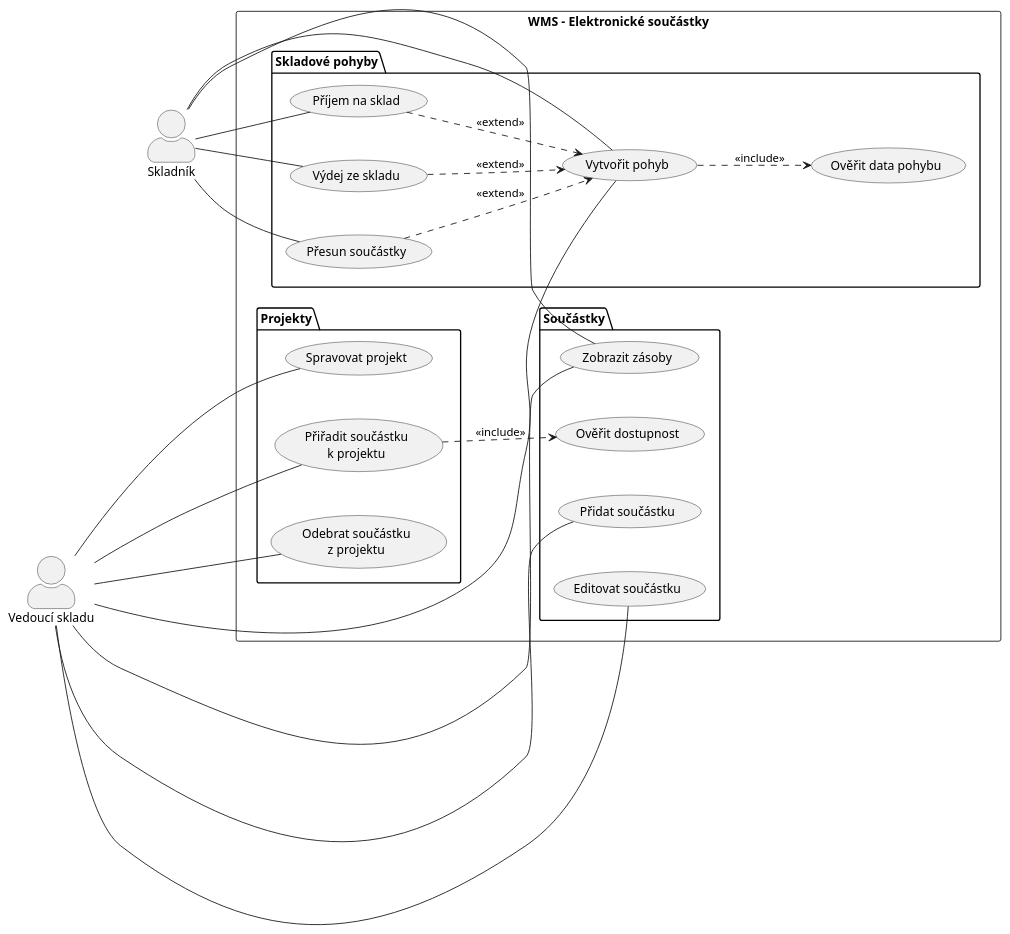
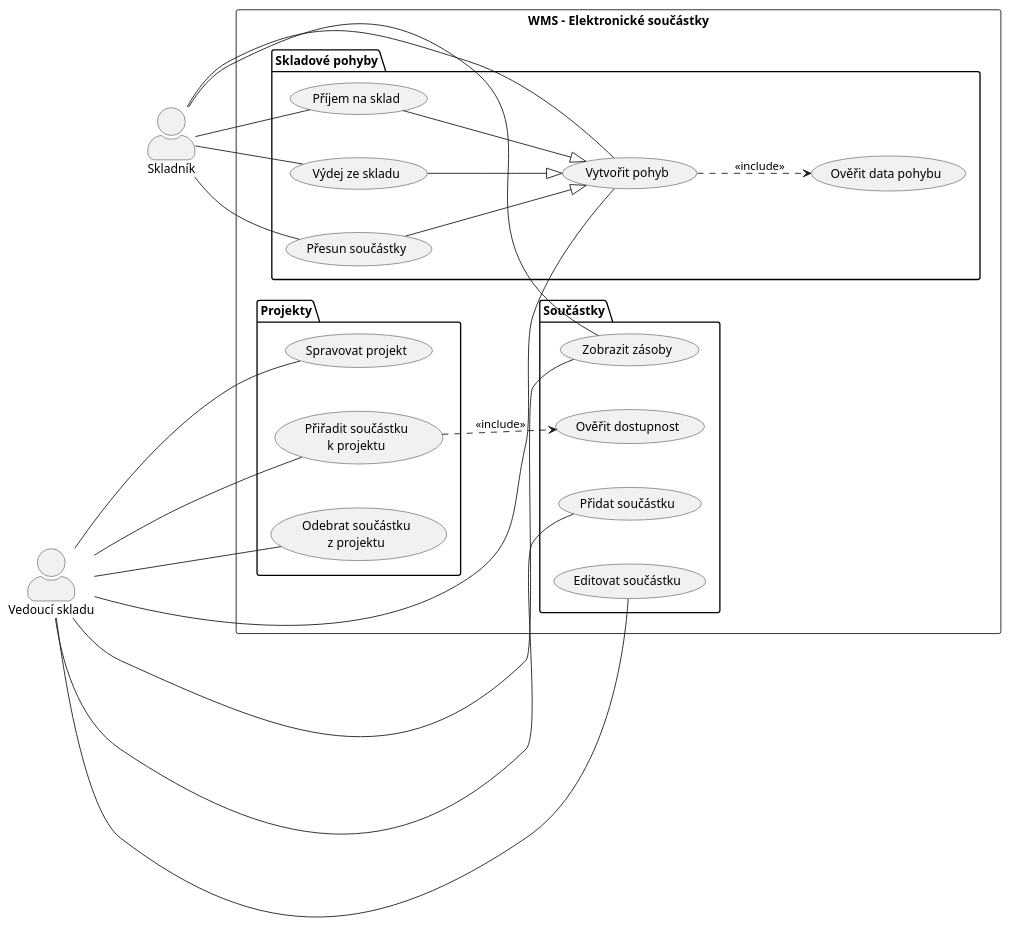
The diagram in diagrams/01_use_case.puml (lkvapil/kOdevzdaniProjektWMS), drawn with PlantUML before and after one commit. The commit also changed 7 other files, not shown here.

Commit message:
Opravy dle zpětné vazby: generalizace UC, polymorfismus, stavové diagramy

```diff
--- a/diagrams/01_use_case.puml
+++ b/diagrams/01_use_case.puml
@@ -1,63 +1,61 @@
 @startuml 01_use_case
 left to right direction
 skinparam actorStyle awesome
 skinparam nodesep 50
 skinparam ranksep 60
 skinparam packagePadding 10
 
 actor "Vedoucí skladu" as Vedouci
 actor "Skladník" as Skladnik
 
 Vedouci -[hidden]down- Skladnik
 
 rectangle "WMS – Elektronické součástky" {
 
   package "Projekty" {
     usecase "Spravovat projekt" as UC_PROJEKT
     usecase "Přiřadit součástku\nk projektu" as UC_PRIRADIT
     usecase "Odebrat součástku\nz projektu" as UC_ODEBRAT
   }
 
   package "Součástky" {
     usecase "Přidat součástku" as UC_ADD
     usecase "Editovat součástku" as UC_EDIT
     usecase "Zobrazit zásoby" as UC_ZASOBY
     usecase "Ověřit dostupnost" as UC_DOSTUPNOST
   }
 
   package "Skladové pohyby" {
+    usecase "Vytvořit pohyb" as UC_POHYB
+    usecase "Ověřit data pohybu" as UC_OVERIT
     usecase "Příjem na sklad" as UC_PRIJEM
     usecase "Výdej ze skladu" as UC_VYDEJ
     usecase "Přesun součástky" as UC_PRESUN
-    usecase "Vytvořit pohyb" as UC_POHYB
-    usecase "Ověřit data pohybu" as UC_OVERIT
   }
 
 }
 
-' Vedoucí skladu – nahoře
 Vedouci -- UC_PROJEKT
 Vedouci -- UC_PRIRADIT
 Vedouci -- UC_ODEBRAT
 Vedouci -- UC_ADD
 Vedouci -- UC_EDIT
 Vedouci -- UC_ZASOBY
 Vedouci -- UC_POHYB
 
-' Skladník – dole
 Skladnik -- UC_PRIJEM
 Skladnik -- UC_VYDEJ
 Skladnik -- UC_PRESUN
 Skladnik -- UC_ZASOBY
 Skladnik -- UC_POHYB
 
 ' include
 UC_POHYB    ..> UC_OVERIT     : <<include>>
 UC_PRIRADIT ..> UC_DOSTUPNOST : <<include>>
 
-' extend
-UC_PRIJEM ..> UC_POHYB : <<extend>>
-UC_VYDEJ  ..> UC_POHYB : <<extend>>
-UC_PRESUN ..> UC_POHYB : <<extend>>
+' generalizace místo extend – specifické varianty pohybu
+UC_PRIJEM --|> UC_POHYB
+UC_VYDEJ  --|> UC_POHYB
+UC_PRESUN --|> UC_POHYB
 
 @enduml
```
